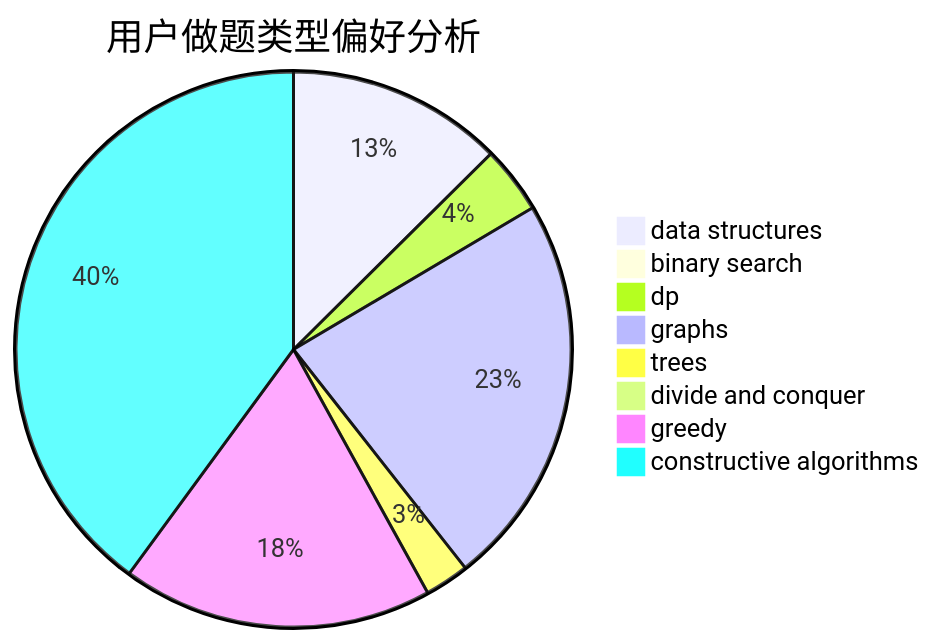
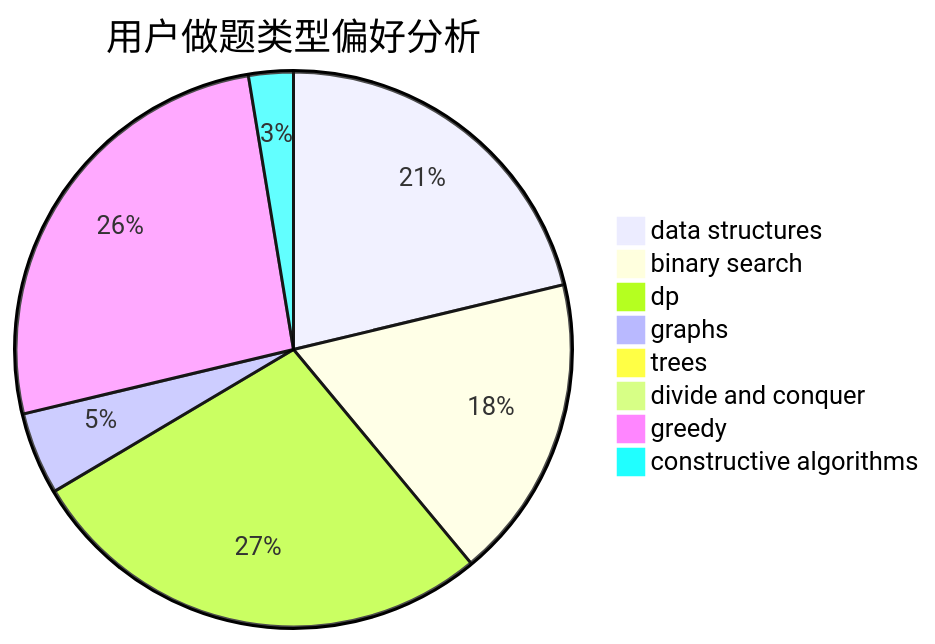
Before and after one commit to sherpahu/cfrs.github.io: the second of 3 diagrams in docs/user/u1183.md, drawn with Mermaid. The commit also changed other lines of this file and 2770 other files, not shown here.

````diff
--- a/docs/user/u1183.md
+++ b/docs/user/u1183.md
@@ -23,11 +23,11 @@
 ```mermaid
 pie title 用户做题类型偏好分析
-    "data structures" :  141
-    "binary search" :  0
-    "dp" :  44
-    "graphs" :  257
-    "trees" :  29
-    "divide and conquer" :  4
-    "greedy" :  203
-    "constructive algorithms" :  448
+    "data structures" :  523
+    "binary search" :  436
+    "dp" :  677
+    "graphs" :  118
+    "trees" :  8
+    "divide and conquer" :  8
+    "greedy" :  643
+    "constructive algorithms" :  64
 ```
````
